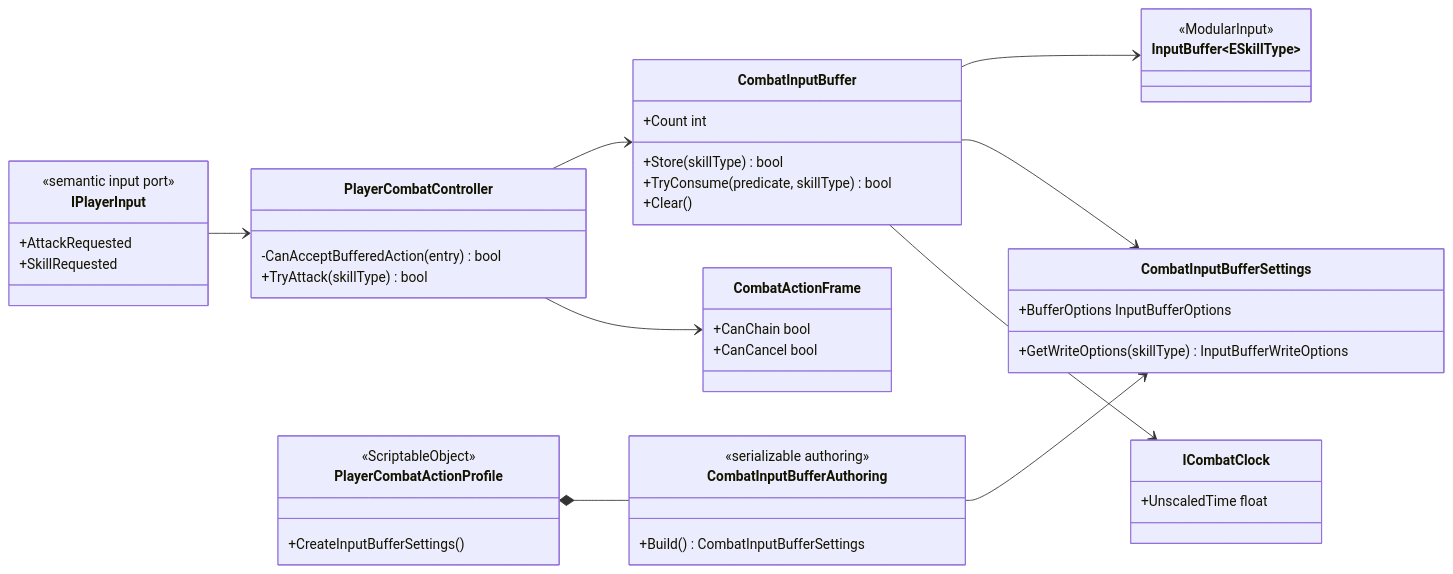
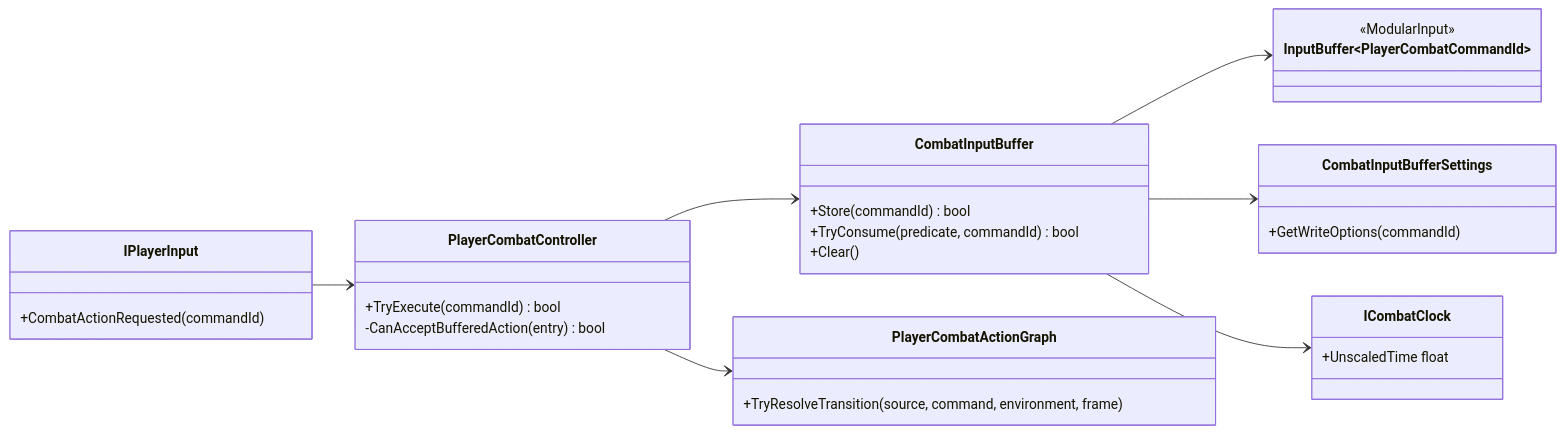
One commit to MaximFonariuc/project-s changed the diagram in Docs/Architecture/Combat.InputBuffer.md. Above: the diagram before and after it, drawn with Mermaid. The commit also changed other lines of this file and 31 other files, not shown here.

Commit message:
feat: add data-driven player combat graph

````diff
--- a/Docs/Architecture/Combat.InputBuffer.md
+++ b/Docs/Architecture/Combat.InputBuffer.md
@@ -15,51 +9,36 @@
 ```mermaid
 classDiagram
     direction LR
 
     class IPlayerInput {
-        <<semantic input port>>
-        +AttackRequested
-        +SkillRequested
+        +CombatActionRequested(commandId)
     }
     class PlayerCombatController {
+        +TryExecute(commandId) bool
         -CanAcceptBufferedAction(entry) bool
-        +TryAttack(skillType) bool
     }
     class CombatInputBuffer {
-        +Count int
-        +Store(skillType) bool
-        +TryConsume(predicate, skillType) bool
+        +Store(commandId) bool
+        +TryConsume(predicate, commandId) bool
         +Clear()
     }
     class CombatInputBufferSettings {
-        +BufferOptions InputBufferOptions
-        +GetWriteOptions(skillType) InputBufferWriteOptions
+        +GetWriteOptions(commandId)
     }
-    class CombatInputBufferAuthoring {
-        <<serializable authoring>>
-        +Build() CombatInputBufferSettings
+    class InputBuffer~PlayerCombatCommandId~ {
+        <<ModularInput>>
     }
-    class PlayerCombatActionProfile {
-        <<ScriptableObject>>
-        +CreateInputBufferSettings()
-    }
-    class InputBuffer~ESkillType~ {
-        <<ModularInput>>
+    class PlayerCombatActionGraph {
+        +TryResolveTransition(source, command, environment, frame)
     }
     class ICombatClock {
         +UnscaledTime float
     }
-    class CombatActionFrame {
-        +CanChain bool
-        +CanCancel bool
-    }
 
     IPlayerInput --> PlayerCombatController
     PlayerCombatController --> CombatInputBuffer
-    PlayerCombatController --> CombatActionFrame
-    CombatInputBuffer --> InputBuffer~ESkillType~
+    PlayerCombatController --> PlayerCombatActionGraph
+    CombatInputBuffer --> InputBuffer~PlayerCombatCommandId~
     CombatInputBuffer --> CombatInputBufferSettings
     CombatInputBuffer --> ICombatClock
-    PlayerCombatActionProfile *-- CombatInputBufferAuthoring
-    CombatInputBufferAuthoring --> CombatInputBufferSettings
 ```
````
